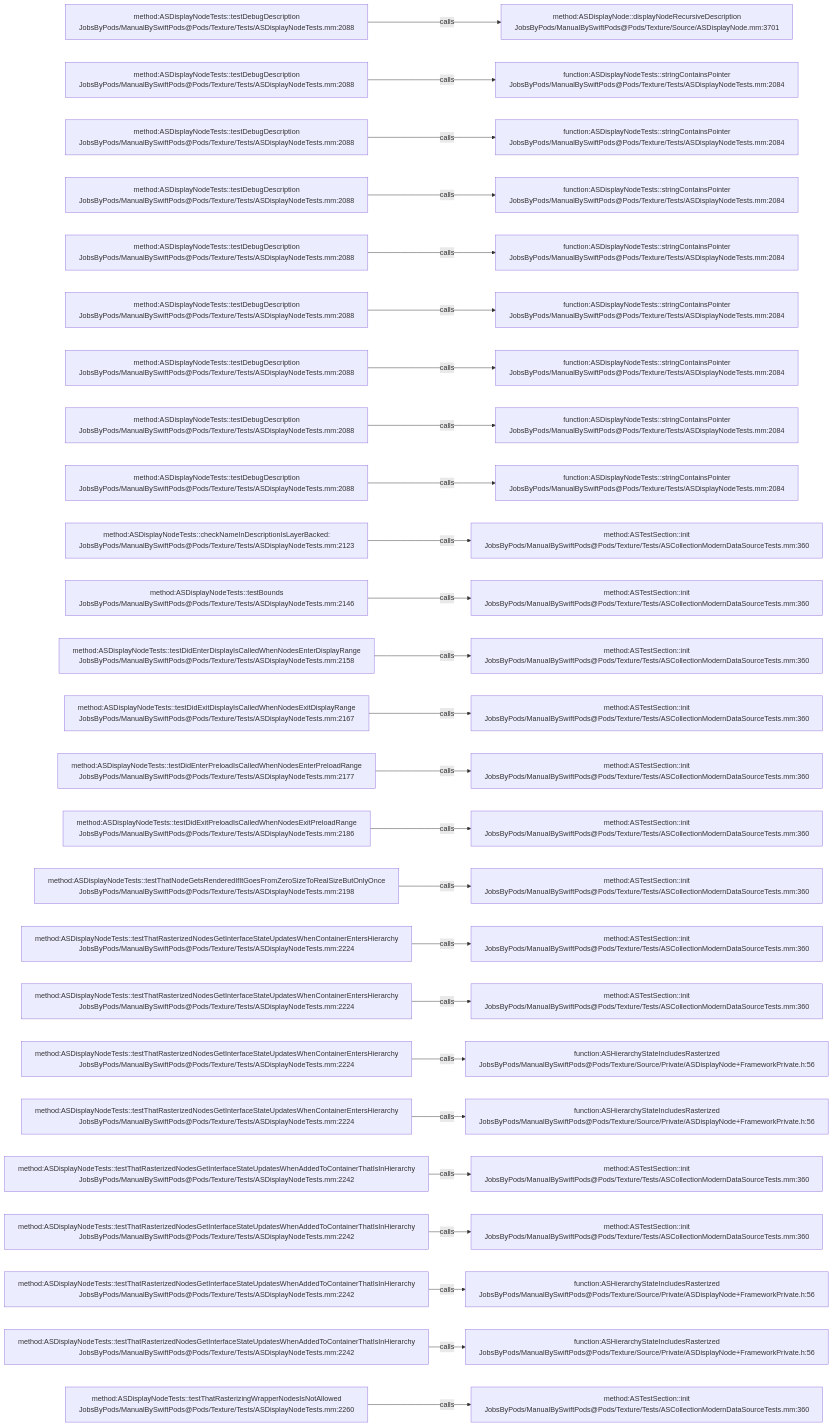
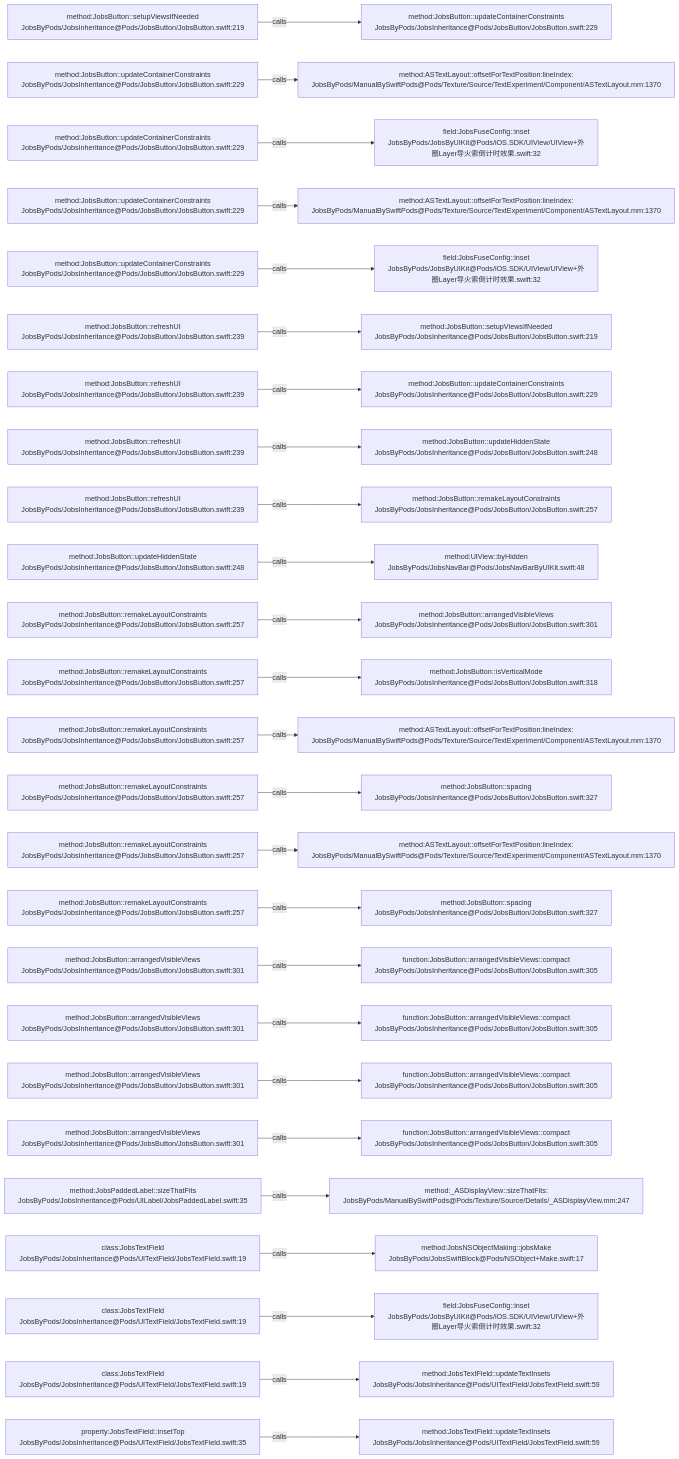
Before and after one commit to JobsKits/JobsSwiftBaseConfigDemo: the diagram in .codegraph/codegraph.md/graphs/calls-194.md, drawn with Mermaid. The commit also changed 224 other files, not shown here.

````diff
--- a/.codegraph/codegraph.md/graphs/calls-194.md
+++ b/.codegraph/codegraph.md/graphs/calls-194.md
@@ -13,78 +13,78 @@
 ```mermaid
 flowchart LR
-  S1["method:ASDisplayNodeTests::testDebugDescription<br/>JobsByPods/ManualBySwiftPods@Pods/Texture/Tests/ASDisplayNodeTests.mm:2088"]
-  T1["method:ASDisplayNode::displayNodeRecursiveDescription<br/>JobsByPods/ManualBySwiftPods@Pods/Texture/Source/ASDisplayNode.mm:3701"]
+  S1["method:JobsButton::setupViewsIfNeeded<br/>JobsByPods/JobsInheritance@Pods/JobsButton/JobsButton.swift:219"]
+  T1["method:JobsButton::updateContainerConstraints<br/>JobsByPods/JobsInheritance@Pods/JobsButton/JobsButton.swift:229"]
   S1 -->|calls| T1
-  S2["method:ASDisplayNodeTests::testDebugDescription<br/>JobsByPods/ManualBySwiftPods@Pods/Texture/Tests/ASDisplayNodeTests.mm:2088"]
-  T2["function:ASDisplayNodeTests::stringContainsPointer<br/>JobsByPods/ManualBySwiftPods@Pods/Texture/Tests/ASDisplayNodeTests.mm:2084"]
+  S2["method:JobsButton::updateContainerConstraints<br/>JobsByPods/JobsInheritance@Pods/JobsButton/JobsButton.swift:229"]
+  T2["method:ASTextLayout::offsetForTextPosition:lineIndex:<br/>JobsByPods/ManualBySwiftPods@Pods/Texture/Source/TextExperiment/Component/ASTextLayout.mm:1370"]
   S2 -->|calls| T2
-  S3["method:ASDisplayNodeTests::testDebugDescription<br/>JobsByPods/ManualBySwiftPods@Pods/Texture/Tests/ASDisplayNodeTests.mm:2088"]
-  T3["function:ASDisplayNodeTests::stringContainsPointer<br/>JobsByPods/ManualBySwiftPods@Pods/Texture/Tests/ASDisplayNodeTests.mm:2084"]
+  S3["method:JobsButton::updateContainerConstraints<br/>JobsByPods/JobsInheritance@Pods/JobsButton/JobsButton.swift:229"]
+  T3["field:JobsFuseConfig::inset<br/>JobsByPods/JobsByUIKit@Pods/iOS.SDK/UIView/UIView+外圈Layer导火索倒计时效果.swift:32"]
   S3 -->|calls| T3
-  S4["method:ASDisplayNodeTests::testDebugDescription<br/>JobsByPods/ManualBySwiftPods@Pods/Texture/Tests/ASDisplayNodeTests.mm:2088"]
-  T4["function:ASDisplayNodeTests::stringContainsPointer<br/>JobsByPods/ManualBySwiftPods@Pods/Texture/Tests/ASDisplayNodeTests.mm:2084"]
+  S4["method:JobsButton::updateContainerConstraints<br/>JobsByPods/JobsInheritance@Pods/JobsButton/JobsButton.swift:229"]
+  T4["method:ASTextLayout::offsetForTextPosition:lineIndex:<br/>JobsByPods/ManualBySwiftPods@Pods/Texture/Source/TextExperiment/Component/ASTextLayout.mm:1370"]
   S4 -->|calls| T4
-  S5["method:ASDisplayNodeTests::testDebugDescription<br/>JobsByPods/ManualBySwiftPods@Pods/Texture/Tests/ASDisplayNodeTests.mm:2088"]
-  T5["function:ASDisplayNodeTests::stringContainsPointer<br/>JobsByPods/ManualBySwiftPods@Pods/Texture/Tests/ASDisplayNodeTests.mm:2084"]
+  S5["method:JobsButton::updateContainerConstraints<br/>JobsByPods/JobsInheritance@Pods/JobsButton/JobsButton.swift:229"]
+  T5["field:JobsFuseConfig::inset<br/>JobsByPods/JobsByUIKit@Pods/iOS.SDK/UIView/UIView+外圈Layer导火索倒计时效果.swift:32"]
   S5 -->|calls| T5
-  S6["method:ASDisplayNodeTests::testDebugDescription<br/>JobsByPods/ManualBySwiftPods@Pods/Texture/Tests/ASDisplayNodeTests.mm:2088"]
-  T6["function:ASDisplayNodeTests::stringContainsPointer<br/>JobsByPods/ManualBySwiftPods@Pods/Texture/Tests/ASDisplayNodeTests.mm:2084"]
+  S6["method:JobsButton::refreshUI<br/>JobsByPods/JobsInheritance@Pods/JobsButton/JobsButton.swift:239"]
+  T6["method:JobsButton::setupViewsIfNeeded<br/>JobsByPods/JobsInheritance@Pods/JobsButton/JobsButton.swift:219"]
   S6 -->|calls| T6
-  S7["method:ASDisplayNodeTests::testDebugDescription<br/>JobsByPods/ManualBySwiftPods@Pods/Texture/Tests/ASDisplayNodeTests.mm:2088"]
-  T7["function:ASDisplayNodeTests::stringContainsPointer<br/>JobsByPods/ManualBySwiftPods@Pods/Texture/Tests/ASDisplayNodeTests.mm:2084"]
+  S7["method:JobsButton::refreshUI<br/>JobsByPods/JobsInheritance@Pods/JobsButton/JobsButton.swift:239"]
+  T7["method:JobsButton::updateContainerConstraints<br/>JobsByPods/JobsInheritance@Pods/JobsButton/JobsButton.swift:229"]
   S7 -->|calls| T7
-  S8["method:ASDisplayNodeTests::testDebugDescription<br/>JobsByPods/ManualBySwiftPods@Pods/Texture/Tests/ASDisplayNodeTests.mm:2088"]
-  T8["function:ASDisplayNodeTests::stringContainsPointer<br/>JobsByPods/ManualBySwiftPods@Pods/Texture/Tests/ASDisplayNodeTests.mm:2084"]
+  S8["method:JobsButton::refreshUI<br/>JobsByPods/JobsInheritance@Pods/JobsButton/JobsButton.swift:239"]
+  T8["method:JobsButton::updateHiddenState<br/>JobsByPods/JobsInheritance@Pods/JobsButton/JobsButton.swift:248"]
   S8 -->|calls| T8
-  S9["method:ASDisplayNodeTests::testDebugDescription<br/>JobsByPods/ManualBySwiftPods@Pods/Texture/Tests/ASDisplayNodeTests.mm:2088"]
-  T9["function:ASDisplayNodeTests::stringContainsPointer<br/>JobsByPods/ManualBySwiftPods@Pods/Texture/Tests/ASDisplayNodeTests.mm:2084"]
+  S9["method:JobsButton::refreshUI<br/>JobsByPods/JobsInheritance@Pods/JobsButton/JobsButton.swift:239"]
+  T9["method:JobsButton::remakeLayoutConstraints<br/>JobsByPods/JobsInheritance@Pods/JobsButton/JobsButton.swift:257"]
   S9 -->|calls| T9
-  S10["method:ASDisplayNodeTests::checkNameInDescriptionIsLayerBacked:<br/>JobsByPods/ManualBySwiftPods@Pods/Texture/Tests/ASDisplayNodeTests.mm:2123"]
-  T10["method:ASTestSection::init<br/>JobsByPods/ManualBySwiftPods@Pods/Texture/Tests/ASCollectionModernDataSourceTests.mm:360"]
+  S10["method:JobsButton::updateHiddenState<br/>JobsByPods/JobsInheritance@Pods/JobsButton/JobsButton.swift:248"]
+  T10["method:UIView::byHidden<br/>JobsByPods/JobsNavBar@Pods/JobsNavBarByUIKit.swift:48"]
   S10 -->|calls| T10
-  S11["method:ASDisplayNodeTests::testBounds<br/>JobsByPods/ManualBySwiftPods@Pods/Texture/Tests/ASDisplayNodeTests.mm:2146"]
-  T11["method:ASTestSection::init<br/>JobsByPods/ManualBySwiftPods@Pods/Texture/Tests/ASCollectionModernDataSourceTests.mm:360"]
+  S11["method:JobsButton::remakeLayoutConstraints<br/>JobsByPods/JobsInheritance@Pods/JobsButton/JobsButton.swift:257"]
+  T11["method:JobsButton::arrangedVisibleViews<br/>JobsByPods/JobsInheritance@Pods/JobsButton/JobsButton.swift:301"]
   S11 -->|calls| T11
-  S12["method:ASDisplayNodeTests::testDidEnterDisplayIsCalledWhenNodesEnterDisplayRange<br/>JobsByPods/ManualBySwiftPods@Pods/Texture/Tests/ASDisplayNodeTests.mm:2158"]
-  T12["method:ASTestSection::init<br/>JobsByPods/ManualBySwiftPods@Pods/Texture/Tests/ASCollectionModernDataSourceTests.mm:360"]
+  S12["method:JobsButton::remakeLayoutConstraints<br/>JobsByPods/JobsInheritance@Pods/JobsButton/JobsButton.swift:257"]
+  T12["method:JobsButton::isVerticalMode<br/>JobsByPods/JobsInheritance@Pods/JobsButton/JobsButton.swift:318"]
   S12 -->|calls| T12
-  S13["method:ASDisplayNodeTests::testDidExitDisplayIsCalledWhenNodesExitDisplayRange<br/>JobsByPods/ManualBySwiftPods@Pods/Texture/Tests/ASDisplayNodeTests.mm:2167"]
-  T13["method:ASTestSection::init<br/>JobsByPods/ManualBySwiftPods@Pods/Texture/Tests/ASCollectionModernDataSourceTests.mm:360"]
+  S13["method:JobsButton::remakeLayoutConstraints<br/>JobsByPods/JobsInheritance@Pods/JobsButton/JobsButton.swift:257"]
+  T13["method:ASTextLayout::offsetForTextPosition:lineIndex:<br/>JobsByPods/ManualBySwiftPods@Pods/Texture/Source/TextExperiment/Component/ASTextLayout.mm:1370"]
   S13 -->|calls| T13
-  S14["method:ASDisplayNodeTests::testDidEnterPreloadIsCalledWhenNodesEnterPreloadRange<br/>JobsByPods/ManualBySwiftPods@Pods/Texture/Tests/ASDisplayNodeTests.mm:2177"]
-  T14["method:ASTestSection::init<br/>JobsByPods/ManualBySwiftPods@Pods/Texture/Tests/ASCollectionModernDataSourceTests.mm:360"]
+  S14["method:JobsButton::remakeLayoutConstraints<br/>JobsByPods/JobsInheritance@Pods/JobsButton/JobsButton.swift:257"]
+  T14["method:JobsButton::spacing<br/>JobsByPods/JobsInheritance@Pods/JobsButton/JobsButton.swift:327"]
   S14 -->|calls| T14
-  S15["method:ASDisplayNodeTests::testDidExitPreloadIsCalledWhenNodesExitPreloadRange<br/>JobsByPods/ManualBySwiftPods@Pods/Texture/Tests/ASDisplayNodeTests.mm:2186"]
-  T15["method:ASTestSection::init<br/>JobsByPods/ManualBySwiftPods@Pods/Texture/Tests/ASCollectionModernDataSourceTests.mm:360"]
+  S15["method:JobsButton::remakeLayoutConstraints<br/>JobsByPods/JobsInheritance@Pods/JobsButton/JobsButton.swift:257"]
+  T15["method:ASTextLayout::offsetForTextPosition:lineIndex:<br/>JobsByPods/ManualBySwiftPods@Pods/Texture/Source/TextExperiment/Component/ASTextLayout.mm:1370"]
   S15 -->|calls| T15
-  S16["method:ASDisplayNodeTests::testThatNodeGetsRenderedIfItGoesFromZeroSizeToRealSizeButOnlyOnce<br/>JobsByPods/ManualBySwiftPods@Pods/Texture/Tests/ASDisplayNodeTests.mm:2198"]
-  T16["method:ASTestSection::init<br/>JobsByPods/ManualBySwiftPods@Pods/Texture/Tests/ASCollectionModernDataSourceTests.mm:360"]
+  S16["method:JobsButton::remakeLayoutConstraints<br/>JobsByPods/JobsInheritance@Pods/JobsButton/JobsButton.swift:257"]
+  T16["method:JobsButton::spacing<br/>JobsByPods/JobsInheritance@Pods/JobsButton/JobsButton.swift:327"]
   S16 -->|calls| T16
-  S17["method:ASDisplayNodeTests::testThatRasterizedNodesGetInterfaceStateUpdatesWhenContainerEntersHierarchy<br/>JobsByPods/ManualBySwiftPods@Pods/Texture/Tests/ASDisplayNodeTests.mm:2224"]
-  T17["method:ASTestSection::init<br/>JobsByPods/ManualBySwiftPods@Pods/Texture/Tests/ASCollectionModernDataSourceTests.mm:360"]
+  S17["method:JobsButton::arrangedVisibleViews<br/>JobsByPods/JobsInheritance@Pods/JobsButton/JobsButton.swift:301"]
+  T17["function:JobsButton::arrangedVisibleViews::compact<br/>JobsByPods/JobsInheritance@Pods/JobsButton/JobsButton.swift:305"]
   S17 -->|calls| T17
-  S18["method:ASDisplayNodeTests::testThatRasterizedNodesGetInterfaceStateUpdatesWhenContainerEntersHierarchy<br/>JobsByPods/ManualBySwiftPods@Pods/Texture/Tests/ASDisplayNodeTests.mm:2224"]
-  T18["method:ASTestSection::init<br/>JobsByPods/ManualBySwiftPods@Pods/Texture/Tests/ASCollectionModernDataSourceTests.mm:360"]
+  S18["method:JobsButton::arrangedVisibleViews<br/>JobsByPods/JobsInheritance@Pods/JobsButton/JobsButton.swift:301"]
+  T18["function:JobsButton::arrangedVisibleViews::compact<br/>JobsByPods/JobsInheritance@Pods/JobsButton/JobsButton.swift:305"]
   S18 -->|calls| T18
-  S19["method:ASDisplayNodeTests::testThatRasterizedNodesGetInterfaceStateUpdatesWhenContainerEntersHierarchy<br/>JobsByPods/ManualBySwiftPods@Pods/Texture/Tests/ASDisplayNodeTests.mm:2224"]
-  T19["function:ASHierarchyStateIncludesRasterized<br/>JobsByPods/ManualBySwiftPods@Pods/Texture/Source/Private/ASDisplayNode+FrameworkPrivate.h:56"]
+  S19["method:JobsButton::arrangedVisibleViews<br/>JobsByPods/JobsInheritance@Pods/JobsButton/JobsButton.swift:301"]
+  T19["function:JobsButton::arrangedVisibleViews::compact<br/>JobsByPods/JobsInheritance@Pods/JobsButton/JobsButton.swift:305"]
   S19 -->|calls| T19
-  S20["method:ASDisplayNodeTests::testThatRasterizedNodesGetInterfaceStateUpdatesWhenContainerEntersHierarchy<br/>JobsByPods/ManualBySwiftPods@Pods/Texture/Tests/ASDisplayNodeTests.mm:2224"]
-  T20["function:ASHierarchyStateIncludesRasterized<br/>JobsByPods/ManualBySwiftPods@Pods/Texture/Source/Private/ASDisplayNode+FrameworkPrivate.h:56"]
+  S20["method:JobsButton::arrangedVisibleViews<br/>JobsByPods/JobsInheritance@Pods/JobsButton/JobsButton.swift:301"]
+  T20["function:JobsButton::arrangedVisibleViews::compact<br/>JobsByPods/JobsInheritance@Pods/JobsButton/JobsButton.swift:305"]
   S20 -->|calls| T20
-  S21["method:ASDisplayNodeTests::testThatRasterizedNodesGetInterfaceStateUpdatesWhenAddedToContainerThatIsInHierarchy<br/>JobsByPods/ManualBySwiftPods@Pods/Texture/Tests/ASDisplayNodeTests.mm:2242"]
-  T21["method:ASTestSection::init<br/>JobsByPods/ManualBySwiftPods@Pods/Texture/Tests/ASCollectionModernDataSourceTests.mm:360"]
+  S21["method:JobsPaddedLabel::sizeThatFits<br/>JobsByPods/JobsInheritance@Pods/UILabel/JobsPaddedLabel.swift:35"]
+  T21["method:_ASDisplayView::sizeThatFits:<br/>JobsByPods/ManualBySwiftPods@Pods/Texture/Source/Details/_ASDisplayView.mm:247"]
   S21 -->|calls| T21
-  S22["method:ASDisplayNodeTests::testThatRasterizedNodesGetInterfaceStateUpdatesWhenAddedToContainerThatIsInHierarchy<br/>JobsByPods/ManualBySwiftPods@Pods/Texture/Tests/ASDisplayNodeTests.mm:2242"]
-  T22["method:ASTestSection::init<br/>JobsByPods/ManualBySwiftPods@Pods/Texture/Tests/ASCollectionModernDataSourceTests.mm:360"]
+  S22["class:JobsTextField<br/>JobsByPods/JobsInheritance@Pods/UITextField/JobsTextField.swift:19"]
+  T22["method:JobsNSObjectMaking::jobsMake<br/>JobsByPods/JobsSwiftBlock@Pods/NSObject+Make.swift:17"]
   S22 -->|calls| T22
-  S23["method:ASDisplayNodeTests::testThatRasterizedNodesGetInterfaceStateUpdatesWhenAddedToContainerThatIsInHierarchy<br/>JobsByPods/ManualBySwiftPods@Pods/Texture/Tests/ASDisplayNodeTests.mm:2242"]
-  T23["function:ASHierarchyStateIncludesRasterized<br/>JobsByPods/ManualBySwiftPods@Pods/Texture/Source/Private/ASDisplayNode+FrameworkPrivate.h:56"]
+  S23["class:JobsTextField<br/>JobsByPods/JobsInheritance@Pods/UITextField/JobsTextField.swift:19"]
+  T23["field:JobsFuseConfig::inset<br/>JobsByPods/JobsByUIKit@Pods/iOS.SDK/UIView/UIView+外圈Layer导火索倒计时效果.swift:32"]
   S23 -->|calls| T23
-  S24["method:ASDisplayNodeTests::testThatRasterizedNodesGetInterfaceStateUpdatesWhenAddedToContainerThatIsInHierarchy<br/>JobsByPods/ManualBySwiftPods@Pods/Texture/Tests/ASDisplayNodeTests.mm:2242"]
-  T24["function:ASHierarchyStateIncludesRasterized<br/>JobsByPods/ManualBySwiftPods@Pods/Texture/Source/Private/ASDisplayNode+FrameworkPrivate.h:56"]
+  S24["class:JobsTextField<br/>JobsByPods/JobsInheritance@Pods/UITextField/JobsTextField.swift:19"]
+  T24["method:JobsTextField::updateTextInsets<br/>JobsByPods/JobsInheritance@Pods/UITextField/JobsTextField.swift:59"]
   S24 -->|calls| T24
-  S25["method:ASDisplayNodeTests::testThatRasterizingWrapperNodesIsNotAllowed<br/>JobsByPods/ManualBySwiftPods@Pods/Texture/Tests/ASDisplayNodeTests.mm:2260"]
-  T25["method:ASTestSection::init<br/>JobsByPods/ManualBySwiftPods@Pods/Texture/Tests/ASCollectionModernDataSourceTests.mm:360"]
+  S25["property:JobsTextField::insetTop<br/>JobsByPods/JobsInheritance@Pods/UITextField/JobsTextField.swift:35"]
+  T25["method:JobsTextField::updateTextInsets<br/>JobsByPods/JobsInheritance@Pods/UITextField/JobsTextField.swift:59"]
   S25 -->|calls| T25
 ```
````
